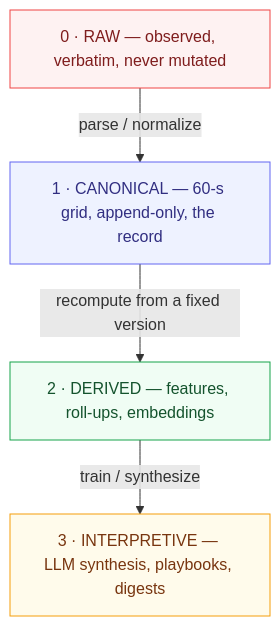
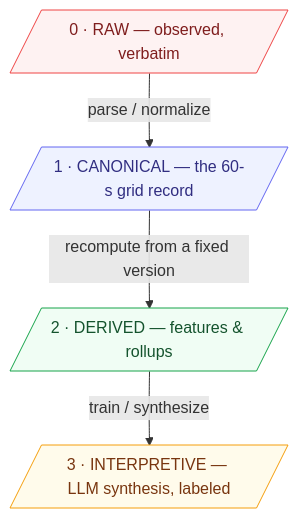
One commit to jjrdevs/PMBRS changed the second of 3 diagrams in README.md. Above: the diagram before and after it, drawn with Mermaid.

Commit message:
README: rework trust diagram for readability
- Pentagon ([/ .../]) shapes with short single-line labels instead of
  narrow auto-wrapped rectangles -> no "roll-ups" hyphen breaks, reads
  left-to-right at full width.
- Verified: all 3 README mermaid blocks parse+render on mermaid 11.12.2
  AND 12.0.0 (strict mode).

````diff
--- a/README.md
+++ b/README.md
@@ -62,18 +62,18 @@
 ```mermaid
-flowchart TD
-  R["0 · RAW — observed, verbatim, never mutated"]
-  C["1 · CANONICAL — 60-s grid, append-only, the record"]
-  D["2 · DERIVED — features, roll-ups, embeddings"]
-  I["3 · INTERPRETIVE — LLM synthesis, playbooks, digests"]
+flowchart TB
+  R[/"0 · RAW — observed, verbatim"/]
+  C[/"1 · CANONICAL — the 60-s grid record"/]
+  D[/"2 · DERIVED — features & rollups"/]
+  I[/"3 · INTERPRETIVE — LLM synthesis, labeled"/]
   R -->|"parse / normalize"| C
   C -->|"recompute from a fixed version"| D
   D -->|"train / synthesize"| I
   classDef raw fill:#fef2f2,stroke:#ef4444,color:#7f1d1d
   classDef canon fill:#eef2ff,stroke:#6366f1,color:#312e81
   classDef derived fill:#f0fdf4,stroke:#16a34a,color:#14532d
   classDef interp fill:#fffbeb,stroke:#f59e0b,color:#78350f
   class R raw
   class C canon
   class D derived
   class I interp
 ```
````
